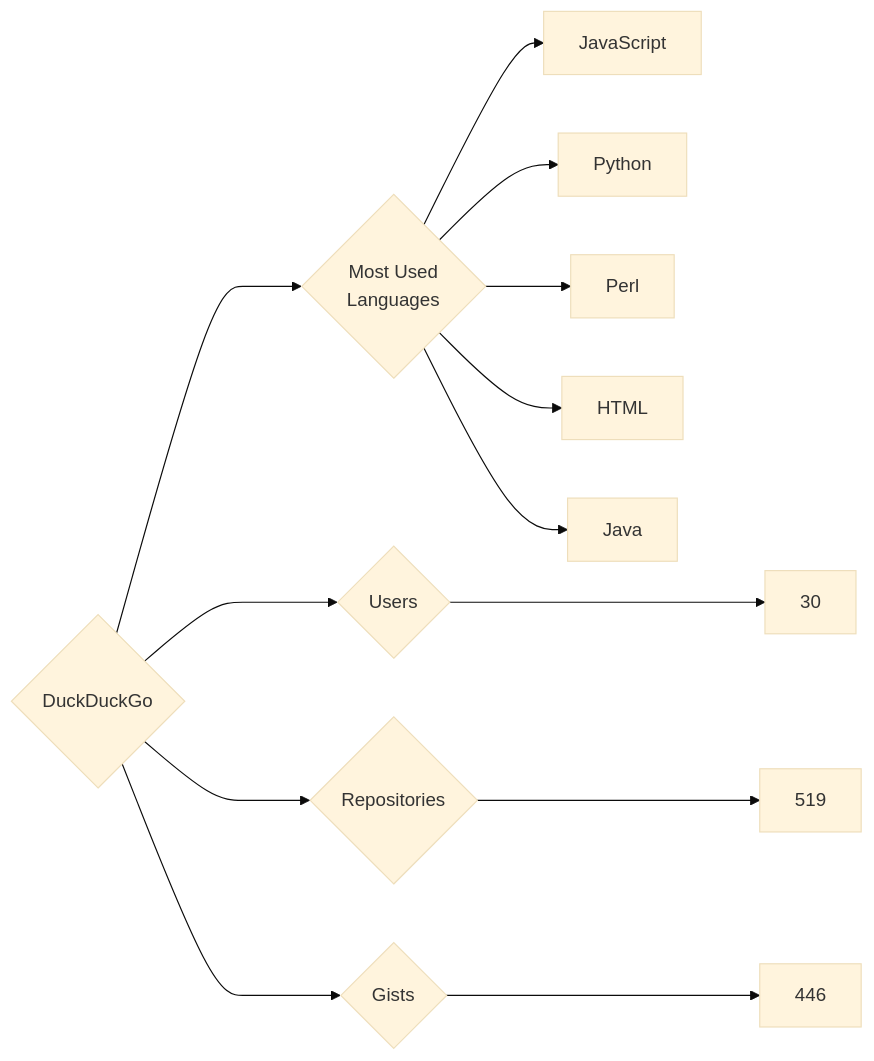
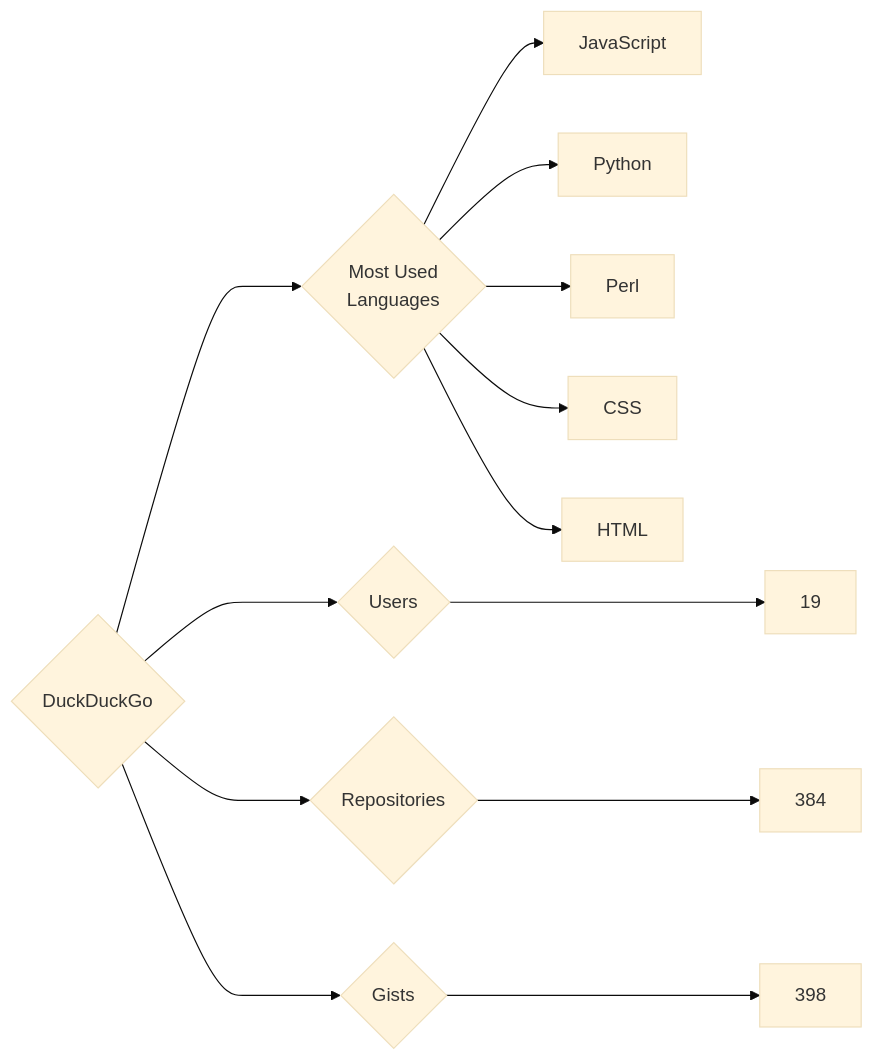
Before and after one commit to trickest/insiders: the diagram in targets/DuckDuckGo/README.md, drawn with Mermaid (base theme). The commit also changed 809 other files, not shown here.

````diff
--- a/targets/DuckDuckGo/README.md
+++ b/targets/DuckDuckGo/README.md
@@ -3,13 +3,13 @@
 ```mermaid
 graph LR
 COMPANY_NAME{DuckDuckGo}
-COMPANY_NAME ---> U{Users} ---> UN[30]
-COMPANY_NAME ---> R{Repositories} ---> RN[519]
-COMPANY_NAME ---> G{Gists} ---> GN[446]
+COMPANY_NAME ---> U{Users} ---> UN[19]
+COMPANY_NAME ---> R{Repositories} ---> RN[384]
+COMPANY_NAME ---> G{Gists} ---> GN[398]
 COMPANY_NAME ---> ML{Most Used<br>Languages}
 ML --> JavaScript[JavaScript]
 ML --> Python[Python]
 ML --> Perl[Perl]
+ML --> CSS[CSS]
 ML --> HTML[HTML]
-ML --> Java[Java]
 ```
````
